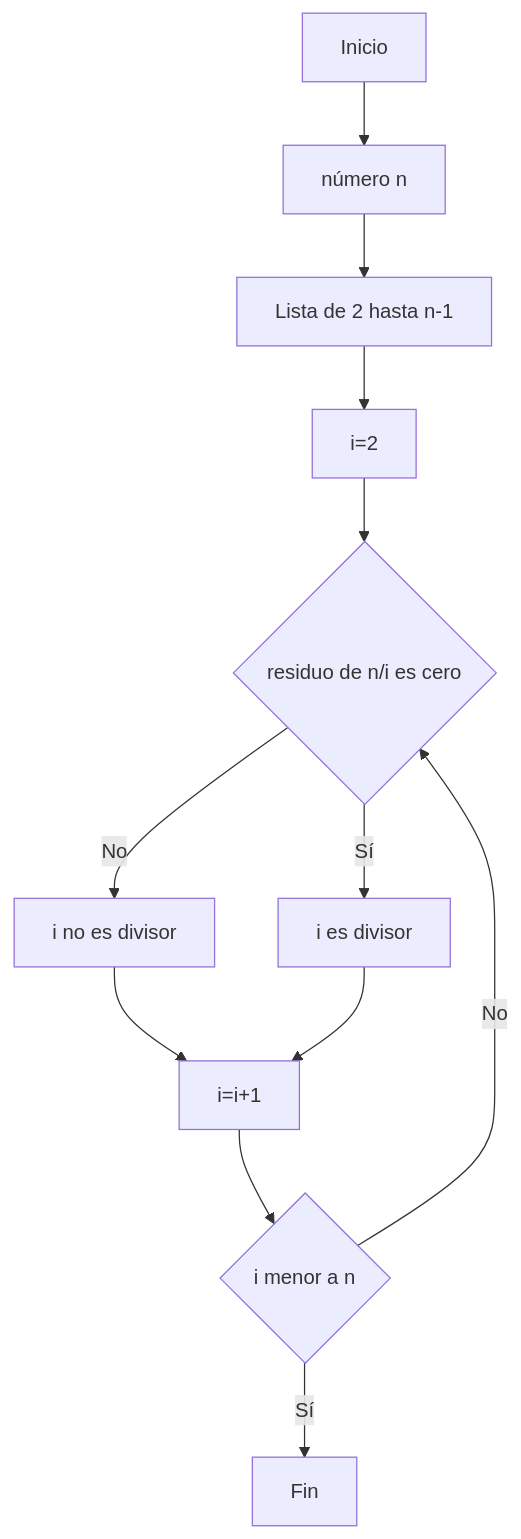
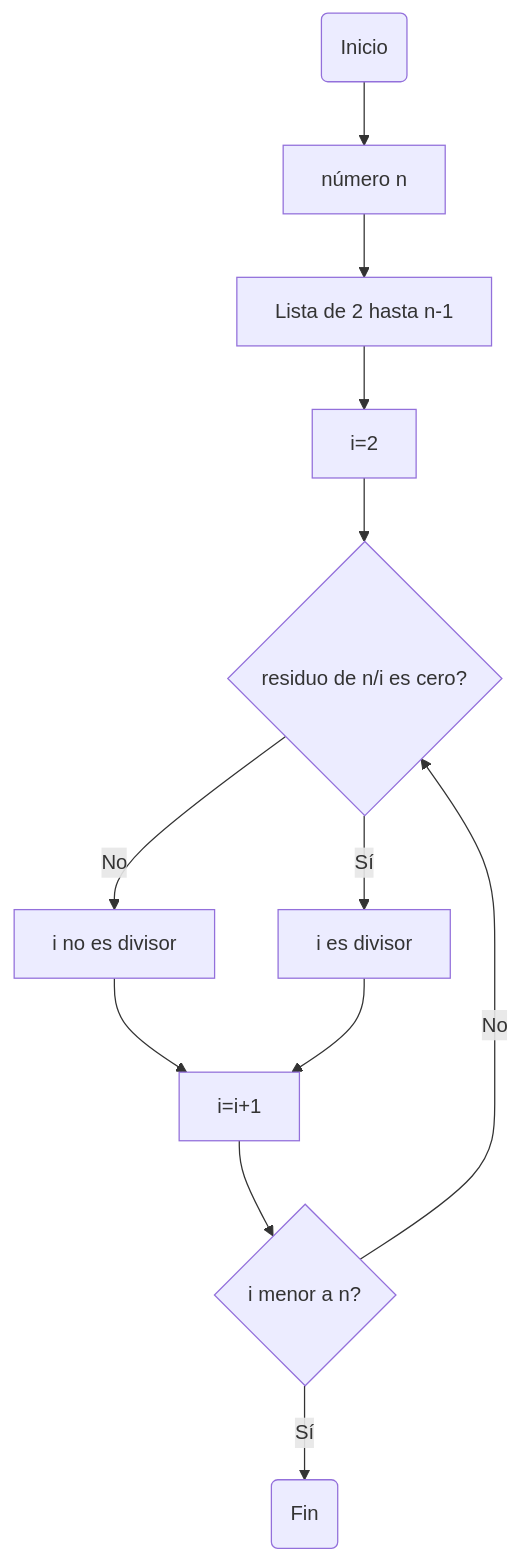
The fifth of 5 diagrams in README.md (fegonzalez7/pdc_unal_clase5), drawn with Mermaid before and after one commit. The commit also changed other lines of this file, not shown here.

Commit message:
diagrama completo

````diff
--- a/README.md
+++ b/README.md
@@ -130,15 +162,14 @@
 ```mermaid
-graph TD;
-    A[Inicio] --> B[número n];
+flowchart TD;
+    A(Inicio) --> B[número n];
     B --> C;
     C[Lista de 2 hasta n-1] --> D[i=2];
     D --> E;
-    E{residuo de n/i es cero} -- Sí --> F[i es divisor];
+    E{residuo de n/i es cero?} -- Sí --> F[i es divisor];
     E -- No --> G[i no es divisor];
-    H[i=i+1] --> I{i menor a n};
+    H[i=i+1] --> I{i menor a n?};
     G --> H;
     F --> H;
-    I -- Sí --> J[Fin];
+    I -- Sí --> J(Fin);
     I -- No --> E;
-
 ```
````
